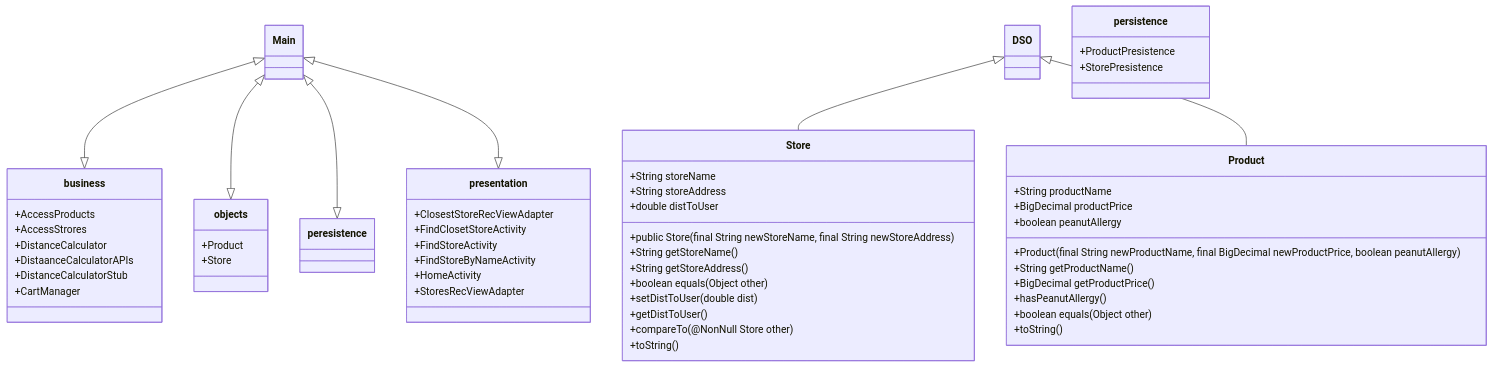
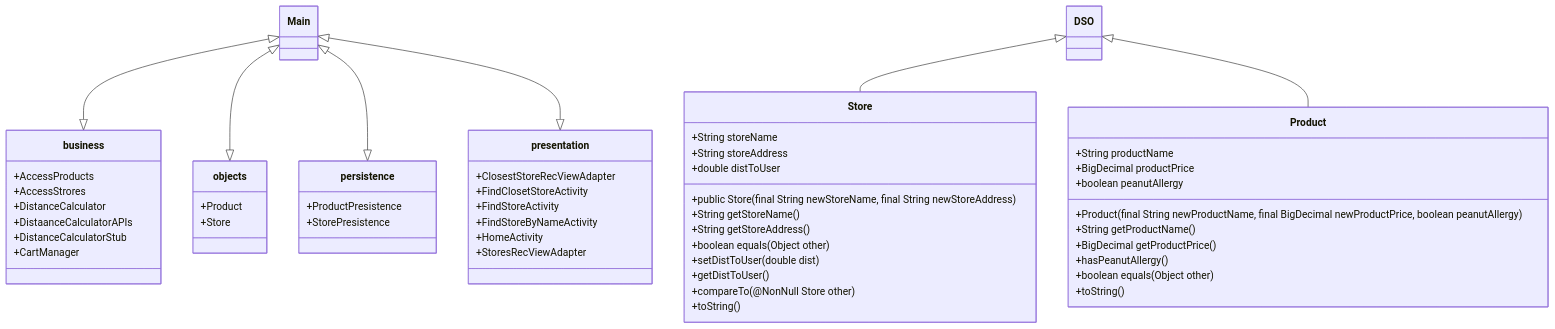
One commit to timonchen/GoCart changed the diagram in ARCHITECTURE.md. Above: the diagram before and after it, drawn with Mermaid.

Commit message:
Replace ARCHITECTURE.md

````diff
--- a/ARCHITECTURE.md
+++ b/ARCHITECTURE.md
@@ -31,71 +31,71 @@
 ```mermaid
 classDiagram
    
     Main <|--|> business
     Main <|--|> objects
-    Main <|--|> peresistence
+    Main <|--|> persistence
     Main <|--|> presentation
     DSO <|-- Store
     DSO <|-- Product
 
     class Main{
     }
 
  class business{
 	+AccessProducts
 	+AccessStrores
 	+DistanceCalculator
 	+DistaanceCalculatorAPIs
 	+DistanceCalculatorStub
 	+CartManager
 
 }
 
 class objects{
 +Product
 +Store
 }
 
 class persistence{
  +ProductPresistence
  +StorePresistence
 }
 
 class presentation{
 +ClosestStoreRecViewAdapter
 +FindClosetStoreActivity
 +FindStoreActivity
 +FindStoreByNameActivity
 +HomeActivity
 +StoresRecViewAdapter
 }
  class DSO{
     }
 
 class Product{
  +String productName
 +BigDecimal productPrice
 +boolean peanutAllergy
 +Product(final String newProductName, final BigDecimal newProductPrice, boolean peanutAllergy)
 +String getProductName()
 +BigDecimal getProductPrice()
 +hasPeanutAllergy()
 +boolean equals(Object other)
 +toString()
 
 }
 
 class Store{
 +String storeName
 +String storeAddress
 +double distToUser
 +public Store(final String newStoreName, final String newStoreAddress)
 +String getStoreName()
 +String getStoreAddress()
 +boolean equals(Object other) 
 +setDistToUser(double dist)
 +getDistToUser()
 +compareTo(@NonNull Store other) 
 +toString()
 }
 ```
````
